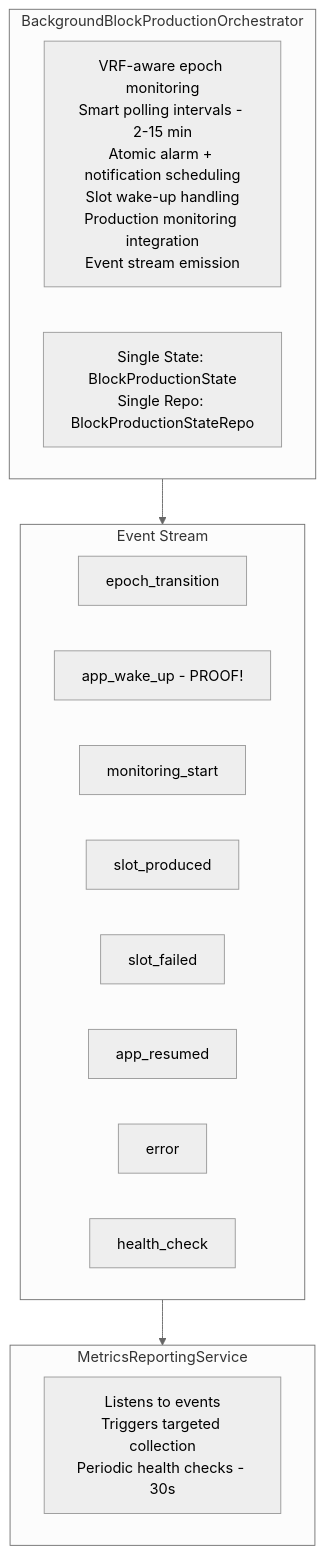
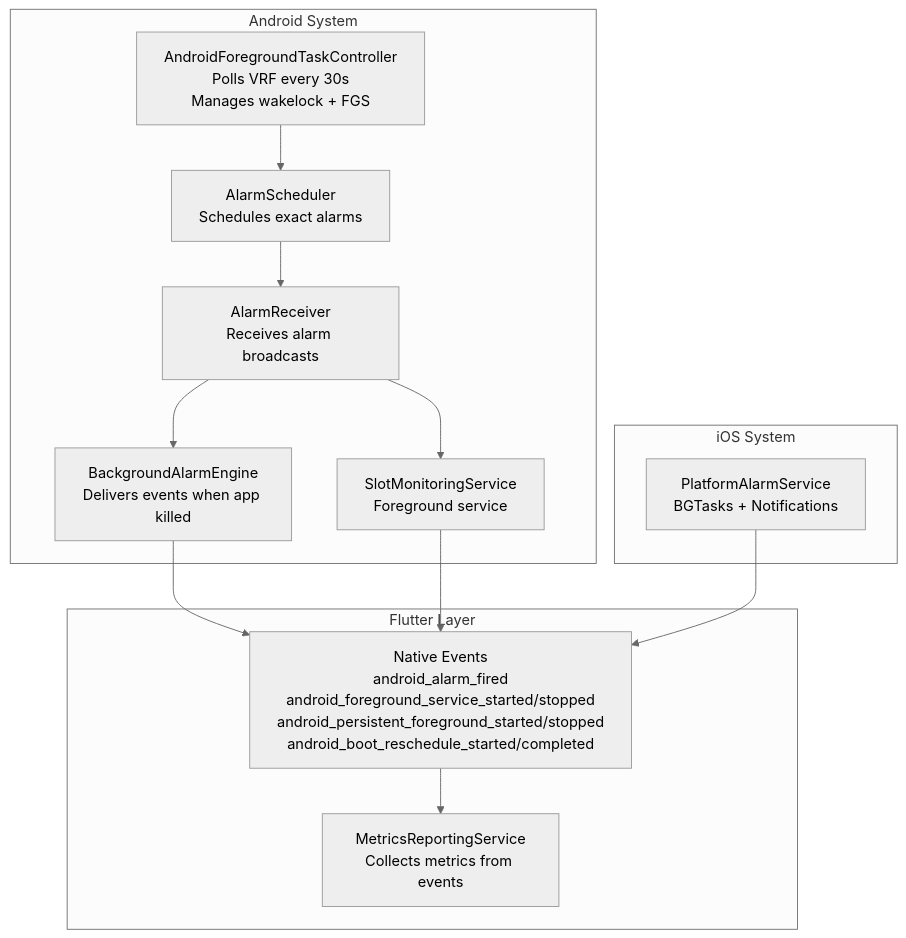
The first of 5 diagrams in docs/BACKGROUND_PRODUCTION.md (Usernode-Labs/flutter-mobile-app), drawn with Mermaid (neutral theme) before and after one commit. The commit also changed other lines of this file and 19 other files, not shown here.

First line of the commit message:
feat(bg_bp): rework background/foreground block production

````diff
--- a/docs/BACKGROUND_PRODUCTION.md
+++ b/docs/BACKGROUND_PRODUCTION.md
@@ -52,25 +50,28 @@
 ```mermaid
 flowchart TB
-    subgraph Orchestrator["BackgroundBlockProductionOrchestrator"]
-        Features["VRF-aware epoch monitoring<br/>Smart polling intervals - 2-15 min<br/>Atomic alarm + notification scheduling<br/>Slot wake-up handling<br/>Production monitoring integration<br/>Event stream emission"]
-        State["Single State: BlockProductionState<br/>Single Repo: BlockProductionStateRepo"]
+    subgraph Android["Android System"]
+        AFT["AndroidForegroundTaskController<br/>Polls VRF every 30s<br/>Manages wakelock + FGS"]
+        AS["AlarmScheduler<br/>Schedules exact alarms"]
+        AR["AlarmReceiver<br/>Receives alarm broadcasts"]
+        SMS["SlotMonitoringService<br/>Foreground service"]
+        BAE["BackgroundAlarmEngine<br/>Delivers events when app killed"]
     end
 
-    subgraph Events["Event Stream"]
-        E1["epoch_transition"]
-        E2["app_wake_up - PROOF!"]
-        E3["monitoring_start"]
-        E4["slot_produced"]
-        E5["slot_failed"]
-        E6["app_resumed"]
-        E7["error"]
-        E8["health_check"]
+    subgraph iOS["iOS System"]
+        PAS["PlatformAlarmService<br/>BGTasks + Notifications"]
     end
 
-    subgraph Metrics["MetricsReportingService"]
-        M1["Listens to events<br/>Triggers targeted collection<br/>Periodic health checks - 30s"]
+    subgraph Flutter["Flutter Layer"]
+        Events["Native Events<br/>android_alarm_fired<br/>android_foreground_service_started/stopped<br/>android_persistent_foreground_started/stopped<br/>android_boot_reschedule_started/completed"]
+        Metrics["MetricsReportingService<br/>Collects metrics from events"]
     end
 
-    Orchestrator --> Events
+    AFT --> AS
+    AS --> AR
+    AR --> SMS
+    AR --> BAE
+    BAE --> Events
+    SMS --> Events
+    PAS --> Events
     Events --> Metrics
 ```
````
